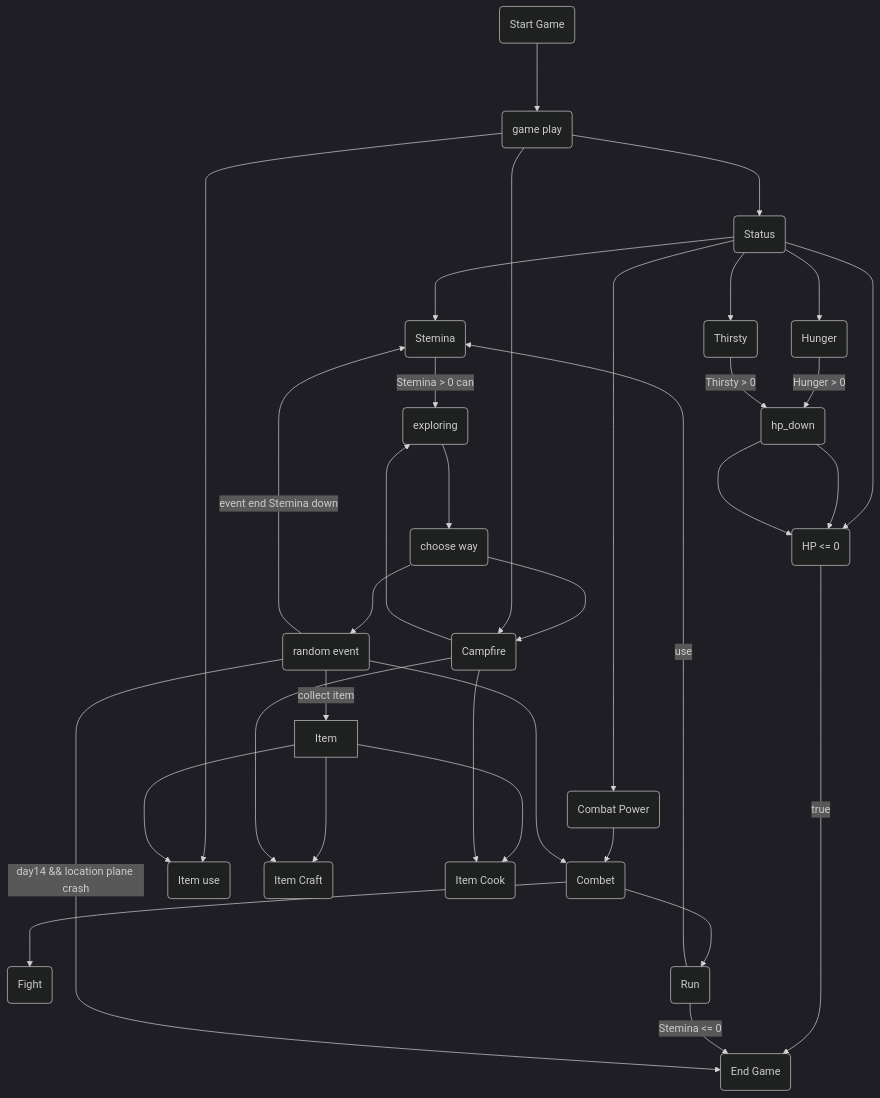
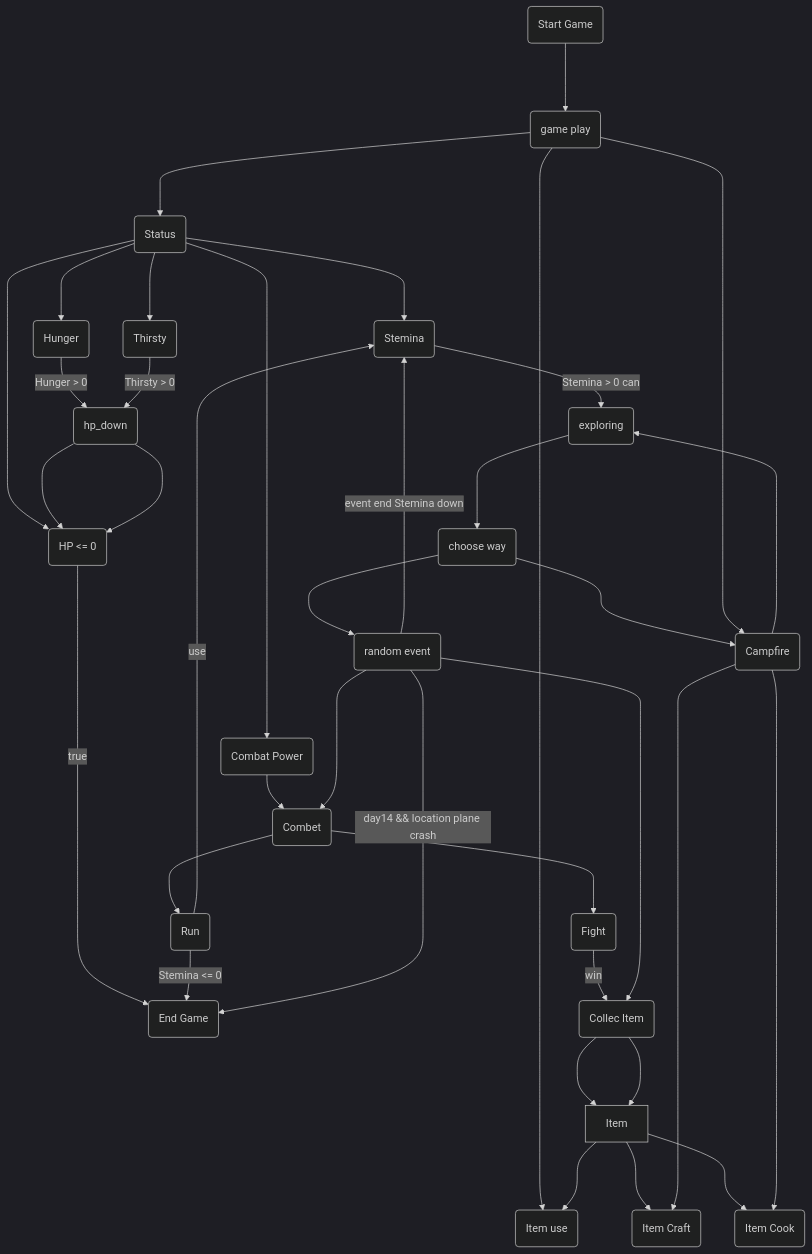
Before and after one commit to SSProgamer/C-Project: the diagram in need me.md, drawn with Mermaid (dark theme).

Commit message:
Update need me.md

````diff
--- a/need me.md
+++ b/need me.md
@@ -35,27 +35,27 @@
 ```mermaid
 flowchart TD
 start(Start Game) ---> ingame(game play)
 ingame ---> status(Status) --->hp
 status ---> Stemina(Stemina) -- Stemina > 0 can--> explore
 status ---> Hunger(Hunger) --Hunger > 0--> hp_down(hp_down) ---> hp
 status ---> Thirsty(Thirsty) --Thirsty > 0--> hp_down(hp_down) ---> hp
 status ---> combatpower(Combat Power) --> combet
 hp(HP <= 0) --true--> e(End Game)
 
 campfire ---> explore(exploring) ---> way(choose way) ---> event(random event)
 way ---> campfire
 event ----> combet(Combet)
-combet ---> fight(Fight)
+combet ---> fight(Fight) --win--> collectitem(Collec Item) ---> Item
 combet ---> run(Run) --use--> Stemina
 run(Run) --Stemina <= 0--> e
 event --event end Stemina down--> Stemina
 event --day14 && location plane crash--> e(End Game)
-event(random event) --collect item--> Item
+event(random event) ----> collectitem(Collec Item) ---> Item
 ingame ---> Itemuse(Item use)
 Item ---> Itemuse
 Item ---> Itemcraft(Item Craft)
 Item ---> Itemcook(Item Cook)
 ingame ---> campfire(Campfire)
 campfire(Campfire) ---> Itemcraft(Item Craft)
 campfire(Campfire) ---> Itemcook(Item Cook)
 ```
````
